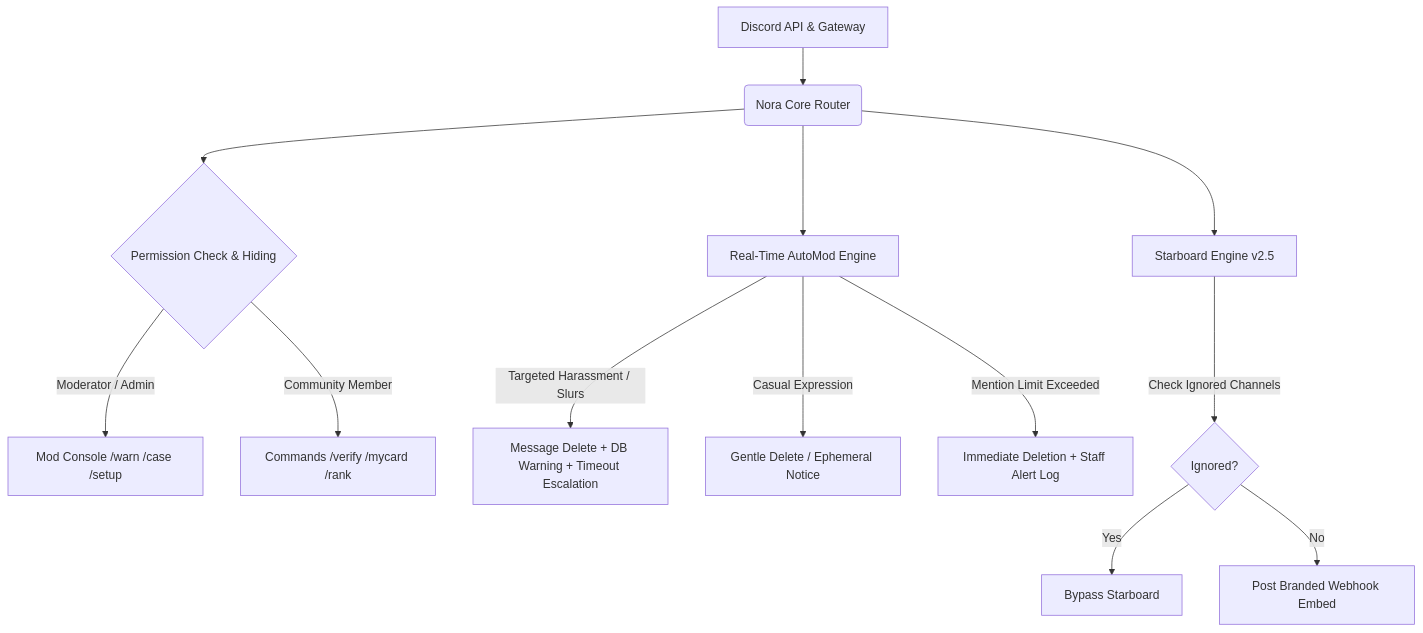
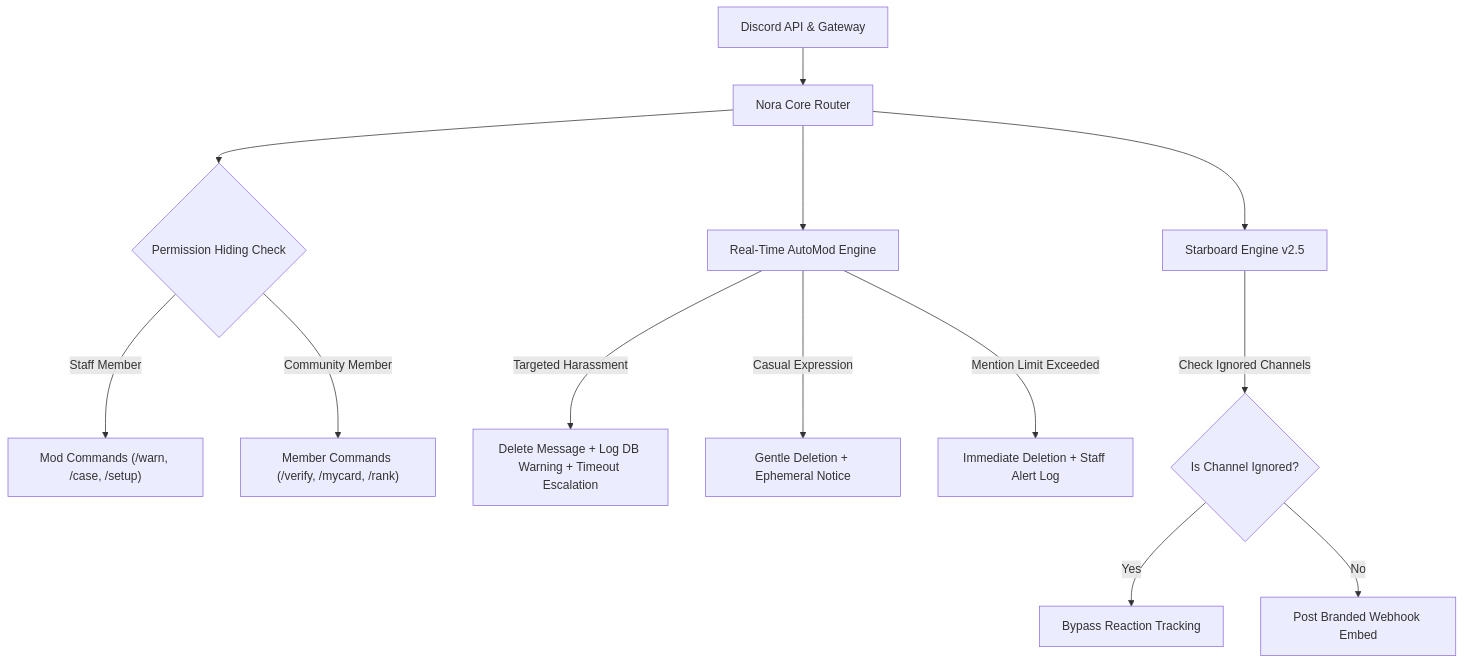
Before and after one commit to Vaztinix/nora-studio: the diagram in README.md, drawn with Mermaid. The commit also changed other lines of this file, not shown here.

Commit message:
fix(docs): quote Mermaid node strings in README.md for seamless GitHub rendering

````diff
--- a/README.md
+++ b/README.md
@@ -48,15 +48,15 @@
 ```mermaid
-graph TD
-    A[Discord API & Gateway] --> B(Nora Core Router)
-    B --> C{Permission Check & Hiding}
-    C -->|Moderator / Admin| D[Mod Console /warn /case /setup]
-    C -->|Community Member| E[Commands /verify /mycard /rank]
-    B --> F[Real-Time AutoMod Engine]
-    F -->|Targeted Harassment / Slurs| G[Message Delete + DB Warning + Timeout Escalation]
-    F -->|Casual Expression| H[Gentle Delete / Ephemeral Notice]
-    F -->|Mention Limit Exceeded| I[Immediate Deletion + Staff Alert Log]
-    B --> J[Starboard Engine v2.5]
-    J -->|Check Ignored Channels| K{Ignored?}
-    K -->|Yes| L[Bypass Starboard]
-    K -->|No| M[Post Branded Webhook Embed]
+flowchart TD
+    A["Discord API & Gateway"] --> B["Nora Core Router"]
+    B --> C{"Permission Hiding Check"}
+    C -->|"Staff Member"| D["Mod Commands (/warn, /case, /setup)"]
+    C -->|"Community Member"| E["Member Commands (/verify, /mycard, /rank)"]
+    B --> F["Real-Time AutoMod Engine"]
+    F -->|"Targeted Harassment"| G["Delete Message + Log DB Warning + Timeout Escalation"]
+    F -->|"Casual Expression"| H["Gentle Deletion + Ephemeral Notice"]
+    F -->|"Mention Limit Exceeded"| I["Immediate Deletion + Staff Alert Log"]
+    B --> J["Starboard Engine v2.5"]
+    J -->|"Check Ignored Channels"| K{"Is Channel Ignored?"}
+    K -->|"Yes"| L["Bypass Reaction Tracking"]
+    K -->|"No"| M["Post Branded Webhook Embed"]
 ```
````
